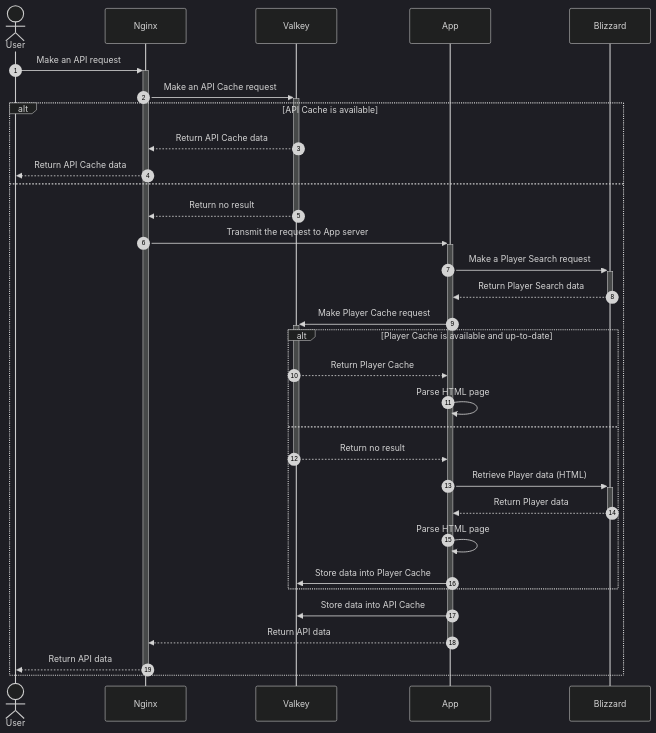
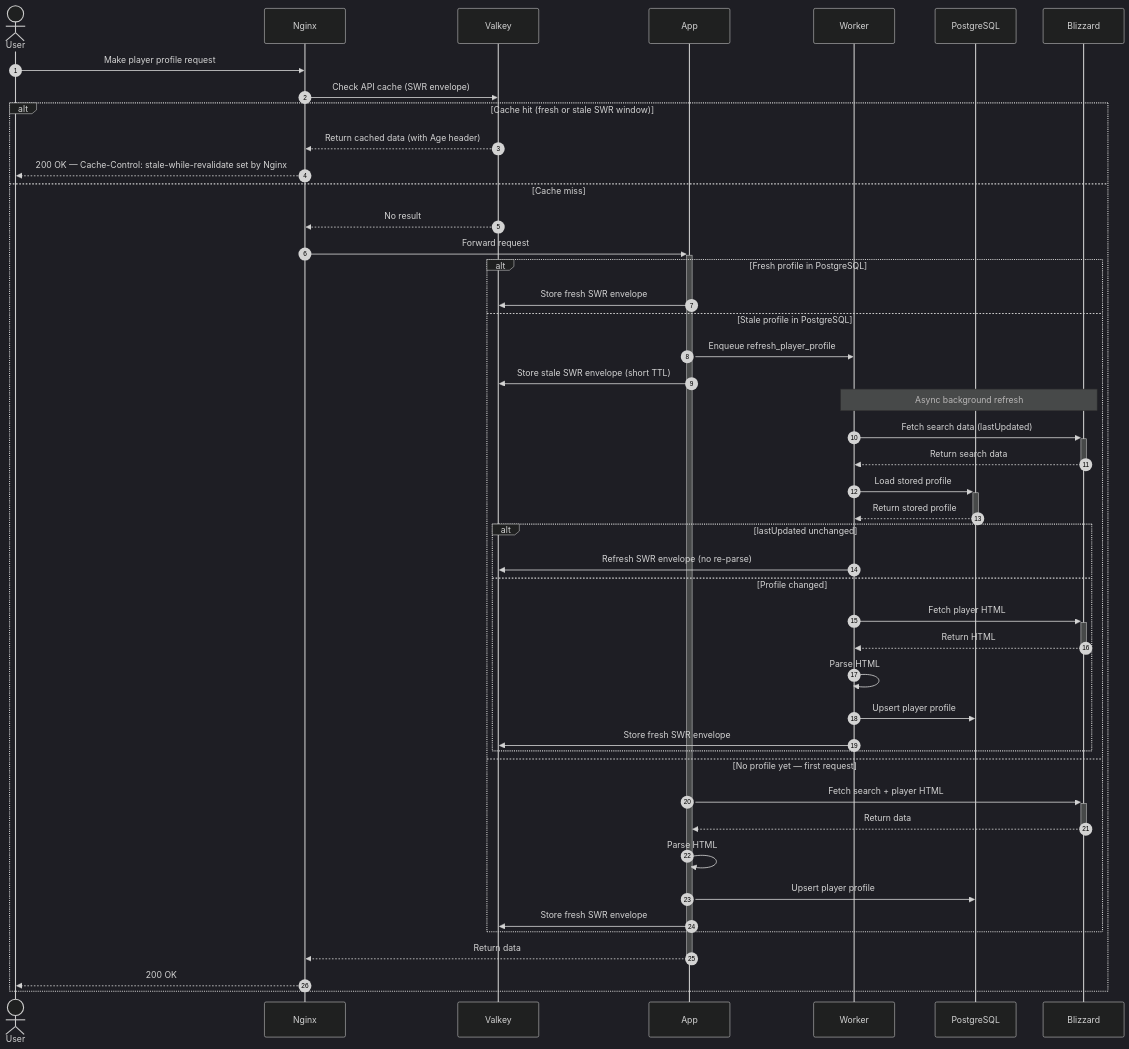
Before and after one commit to TeKrop/overfast-api: the second of 4 diagrams in README.md, drawn with Mermaid (dark theme). The commit also changed other lines of this file and 185 other files, not shown here.

First line of the commit message:
feat: Phase 5 - Introduced Blizzard API calls throttling system (#387)

````diff
--- a/README.md
+++ b/README.md
@@ -173,35 +175,50 @@
 ```mermaid
 sequenceDiagram
     autonumber
     actor User
     participant Nginx
     participant Valkey
     participant App
+    participant Worker
+    participant PostgreSQL
     participant Blizzard
-    User->>+Nginx: Make an API request
-    Nginx->>+Valkey: Make an API Cache request
-    alt API Cache is available
-        Valkey-->>Nginx: Return API Cache data
-        Nginx-->>User: Return API Cache data
-    else
-        Valkey-->>-Nginx: Return no result
-        Nginx->>+App: Transmit the request to App server
-        App->>+Blizzard: Make a Player Search request
-        Blizzard-->>-App: Return Player Search data
-        App->>+Valkey: Make Player Cache request
-        alt Player Cache is available and up-to-date
-            Valkey-->>App: Return Player Cache
-            App->>App: Parse HTML page
-        else
-            Valkey-->>-App: Return no result
-            App->>+Blizzard: Retrieve Player data (HTML)
-            Blizzard-->>-App: Return Player data
-            App->>App: Parse HTML page
-            App->>Valkey: Store data into Player Cache
+
+    User->>Nginx: Make player profile request
+    Nginx->>Valkey: Check API cache (SWR envelope)
+
+    alt Cache hit (fresh or stale SWR window)
+        Valkey-->>Nginx: Return cached data (with Age header)
+        Nginx-->>User: 200 OK — Cache-Control: stale-while-revalidate set by Nginx
+    else Cache miss
+        Valkey-->>Nginx: No result
+        Nginx->>+App: Forward request
+        alt Fresh profile in PostgreSQL
+            App->>Valkey: Store fresh SWR envelope
+        else Stale profile in PostgreSQL
+            App->>Worker: Enqueue refresh_player_profile
+            App->>Valkey: Store stale SWR envelope (short TTL)
+            Note over Worker,Blizzard: Async background refresh
+            Worker->>+Blizzard: Fetch search data (lastUpdated)
+            Blizzard-->>-Worker: Return search data
+            Worker->>+PostgreSQL: Load stored profile
+            PostgreSQL-->>-Worker: Return stored profile
+            alt lastUpdated unchanged
+                Worker->>Valkey: Refresh SWR envelope (no re-parse)
+            else Profile changed
+                Worker->>+Blizzard: Fetch player HTML
+                Blizzard-->>-Worker: Return HTML
+                Worker->>Worker: Parse HTML
+                Worker->>PostgreSQL: Upsert player profile
+                Worker->>Valkey: Store fresh SWR envelope
+            end
+        else No profile yet — first request
+            App->>+Blizzard: Fetch search + player HTML
+            Blizzard-->>-App: Return data
+            App->>App: Parse HTML
+            App->>PostgreSQL: Upsert player profile
+            App->>Valkey: Store fresh SWR envelope
         end
-        App->>Valkey: Store data into API Cache
-        App-->>-Nginx: Return API data
-        Nginx-->>-User: Return API data
+        App-->>-Nginx: Return data
+        Nginx-->>User: 200 OK
     end
-
 ```
````
